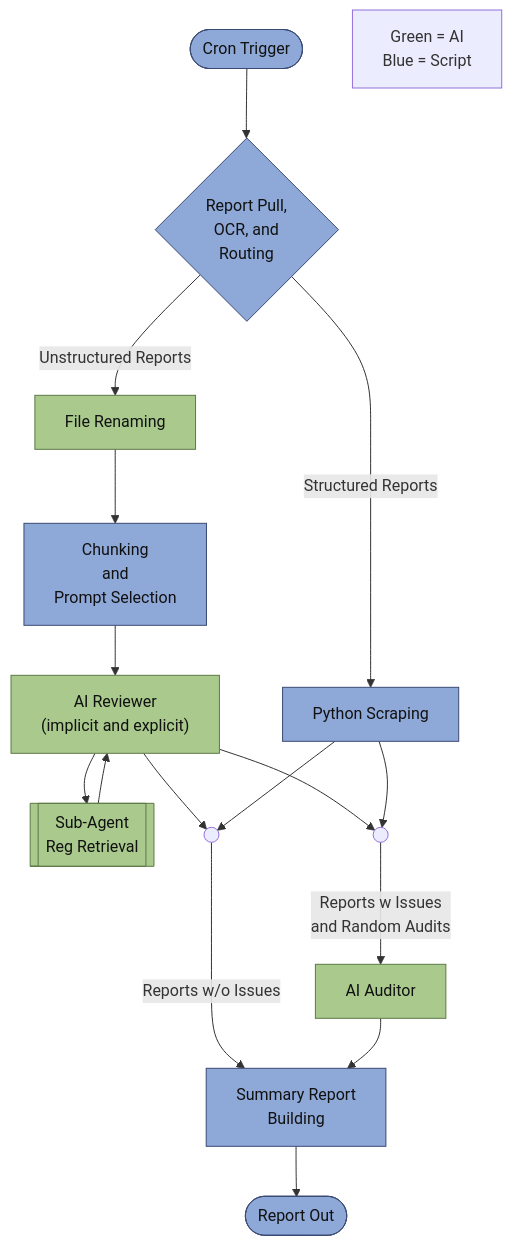
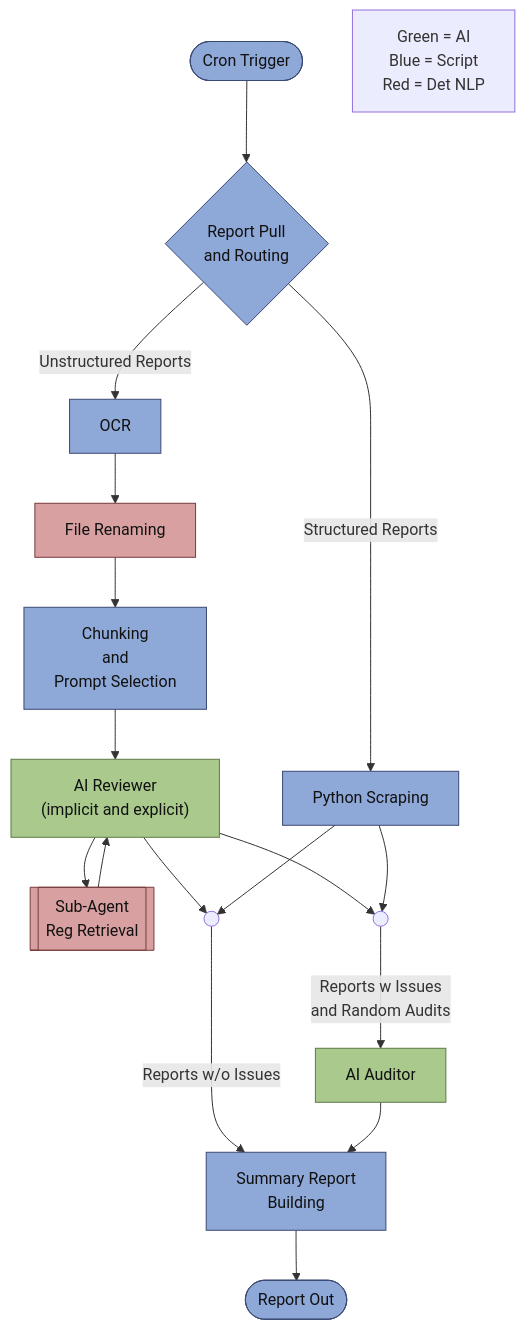
One commit to ChristopherAppier/WebFIRE_Review changed the diagram in docs/flow_charts/full_pipeline_chart.md. Above: the diagram before and after it, drawn with Mermaid. The commit also changed 2 other files, not shown here.

Commit message:
Updated flow charts and to do based on current goals for project

````diff
--- a/docs/flow_charts/full_pipeline_chart.md
+++ b/docs/flow_charts/full_pipeline_chart.md
@@ -1,43 +1,47 @@
 ```mermaid
 flowchart TB
 
 	%% Defining the nodes and their labels
 	TGR([Cron Trigger])
-	RPR{Report Pull,<br/>OCR, and<br/>Routing}
+	RPR{Report Pull<br/>and Routing}
+	OCR[OCR]
 	FRC[File Renaming]
 	CAP[Chunking<br/>and<br/>Prompt Selection]
 	AIR["AI Reviewer<br/>(implicit and explicit)"]
 	SAG[[Sub-Agent<br/>Reg Retrieval]]
 	JCT1(( ))
 	JCT2(( ))
 	AIA[AI Auditor]
 	PS[Python Scraping]
 	SRB[Summary Report<br/>Building]
 	RO([Report Out])
-	TEXT[Green = AI<br/>Blue = Script]
+	TEXT[Green = AI<br/>Blue = Script<br/>Red = Det NLP]
 
 	%% Linking the nodes
 	TGR --> RPR
-	RPR -- Unstructured Reports --> FRC
+	RPR -- Unstructured Reports --> OCR
+	OCR --> FRC
 	RPR -- Structured Reports --> PS
 	FRC --> CAP
 	CAP --> AIR
 	AIR --> SAG
 	SAG --> AIR
 	AIR --> JCT2
 	AIR --> JCT1
 	PS --> JCT1
 	JCT1 -- Reports w Issues<br/>and Random Audits --> AIA
 	PS --> JCT2
 	JCT2 -- Reports w/o Issues --> SRB
 	AIA --> SRB
 	SRB --> RO
 
 	%% Create classes for the node colors
 	classDef blue fill:#8EA8D8,stroke:#3B4A73,color:#111,stroke-width:1px;
 	classDef green fill:#A9C98D,stroke:#5D7A46,color:#111,stroke-width:1px;
+	classDef red fill:#D8A0A0,stroke:#7A3B3B,color:#111,stroke-width:1px;
 
 	%% Assigning the nodes to their classes
-	class TGR,RPR,PS,CAP,SRB,RO blue;
-	class FRC,AIR,AIA,SAG green;
+	class TGR,RPR,PS,CAP,SRB,RO,OCR blue;
+	class AIR,AIA green;
+	class FRC,SAG red;
 ```
````
